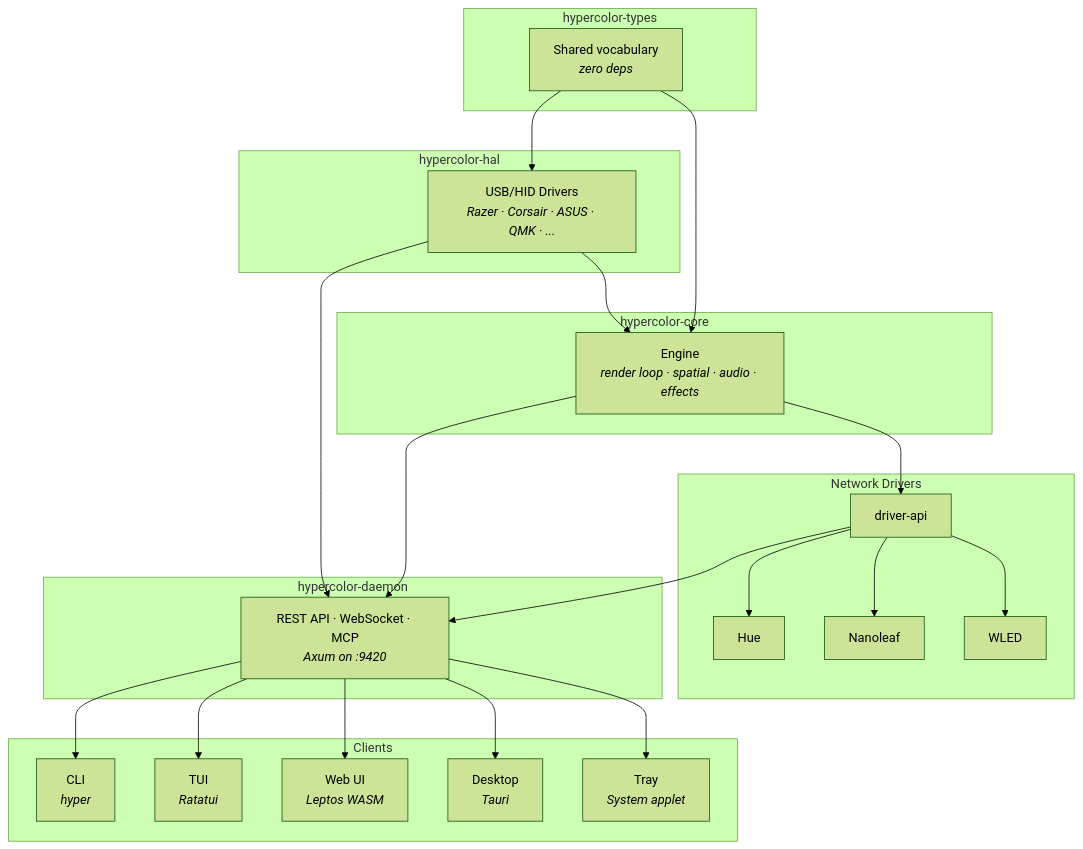
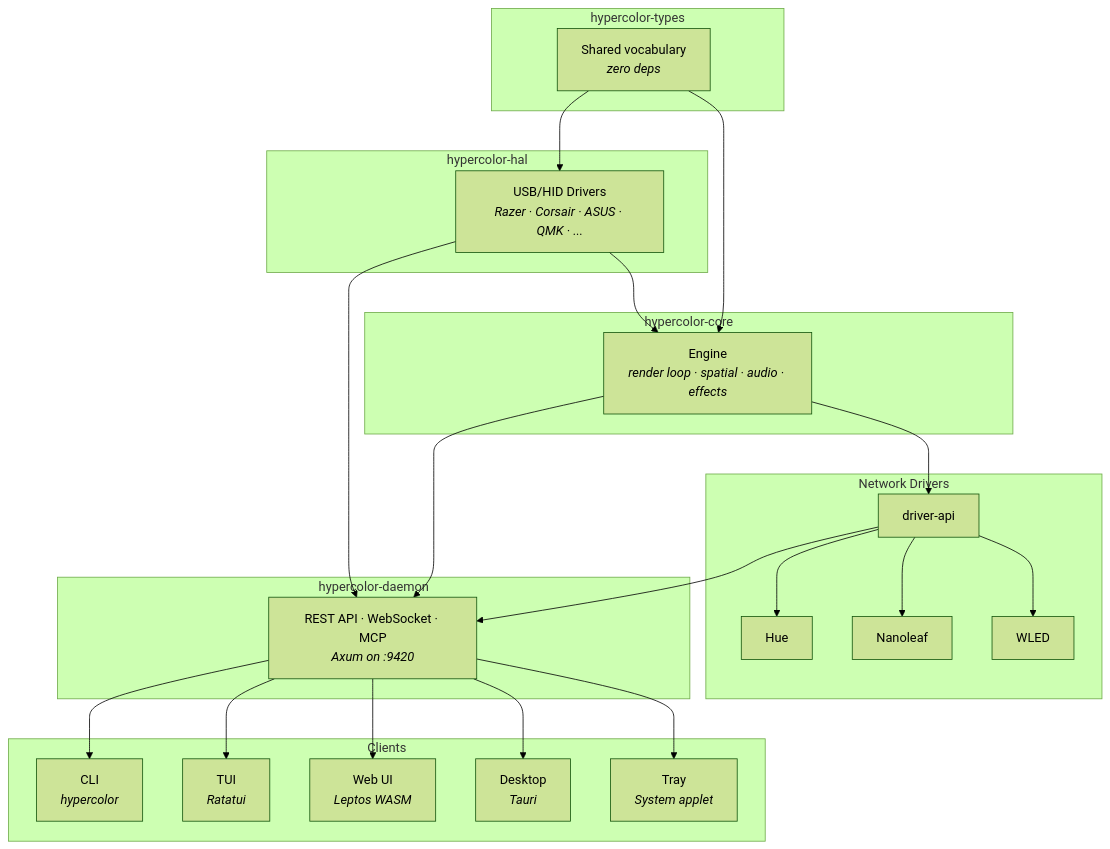
Before and after one commit to hyperb1iss/hypercolor: the second of 2 diagrams in README.md, drawn with Mermaid (forest theme). The commit also changed other lines of this file and 22 other files, not shown here.

First line of the commit message:
docs: rename client CLI to `hypercolor` and daemon to `hypercolor-daemon`

````diff
--- a/README.md
+++ b/README.md
@@ -305,38 +305,38 @@
 ```mermaid
 graph TD
     subgraph types [hypercolor-types]
         T[Shared vocabulary<br><i>zero deps</i>]
     end
 
     subgraph hal [hypercolor-hal]
         H[USB/HID Drivers<br><i>Razer · Corsair · ASUS · QMK · ...</i>]
     end
 
     subgraph core [hypercolor-core]
         C[Engine<br><i>render loop · spatial · audio · effects</i>]
     end
 
     subgraph drivers [Network Drivers]
         API[driver-api] --> HUE[Hue]
         API --> NL[Nanoleaf]
         API --> WL[WLED]
     end
 
     subgraph daemon [hypercolor-daemon]
         D[REST API · WebSocket · MCP<br><i>Axum on :9420</i>]
     end
 
     subgraph clients [Clients]
-        CLI[CLI<br><i>hyper</i>]
+        CLI[CLI<br><i>hypercolor</i>]
         TUI[TUI<br><i>Ratatui</i>]
         UI[Web UI<br><i>Leptos WASM</i>]
         DT[Desktop<br><i>Tauri</i>]
         TR[Tray<br><i>System applet</i>]
     end
 
     T --> H & C
     H --> C
     C --> API
     C & H & API --> D
     D --> CLI & TUI & UI & DT & TR
 ```
````
